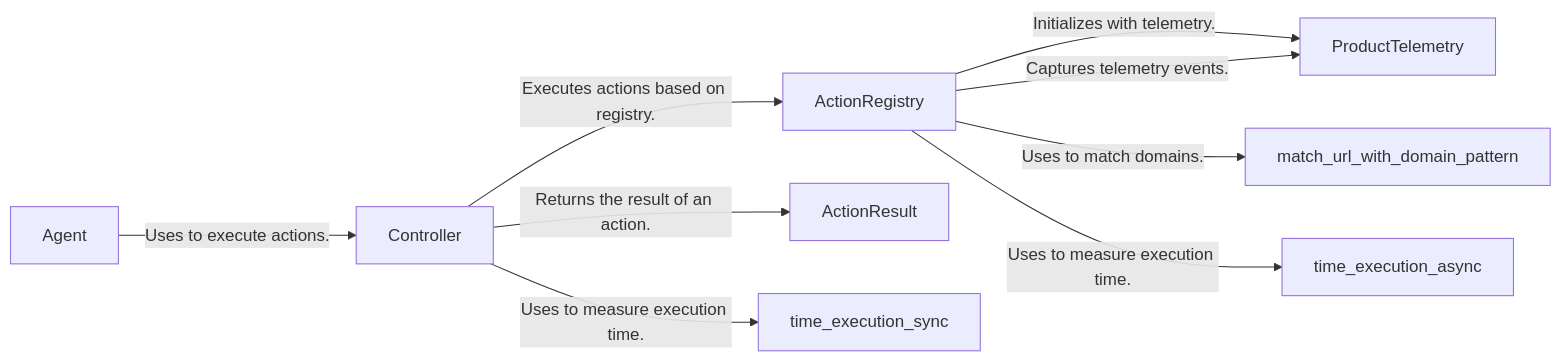
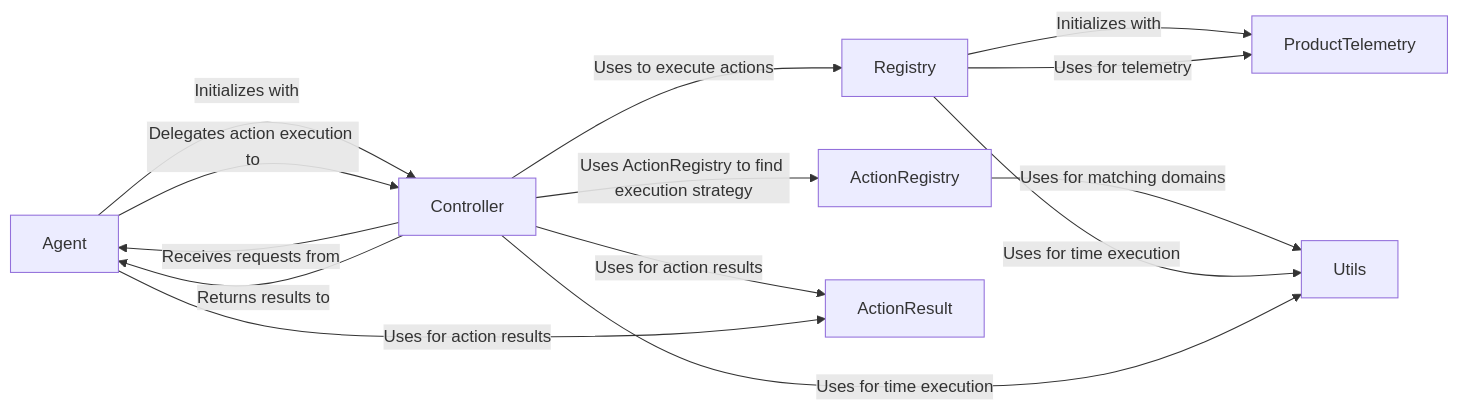
Before and after one commit to CodeBoarding/GeneratedOnBoardings: the diagram in browser-use/Controller Service.md, drawn with Mermaid. The commit also changed other lines of this file and 10 other files, not shown here.

````diff
--- a/browser-use/Controller Service.md
+++ b/browser-use/Controller Service.md
@@ -1,27 +1,30 @@
 ```mermaid
 graph LR
+    Agent["Agent"]
     Controller["Controller"]
     ActionRegistry["ActionRegistry"]
-    Agent["Agent"]
+    Registry["Registry"]
+    ProductTelemetry["ProductTelemetry"]
     ActionResult["ActionResult"]
-    ProductTelemetry["ProductTelemetry"]
-    time_execution_sync["time_execution_sync"]
-    time_execution_async["time_execution_async"]
-    match_url_with_domain_pattern["match_url_with_domain_pattern"]
-    Agent -- "Uses to execute actions." --> Controller
-    Controller -- "Executes actions based on registry." --> ActionRegistry
-    Controller -- "Returns the result of an action." --> ActionResult
-    ActionRegistry -- "Initializes with telemetry." --> ProductTelemetry
-    ActionRegistry -- "Captures telemetry events." --> ProductTelemetry
-    ActionRegistry -- "Uses to match domains." --> match_url_with_domain_pattern
-    Controller -- "Uses to measure execution time." --> time_execution_sync
-    ActionRegistry -- "Uses to measure execution time." --> time_execution_async
+    Utils["Utils"]
+    Agent -- "Initializes with" --> Controller
+    Agent -- "Delegates action execution to" --> Controller
+    Controller -- "Receives requests from" --> Agent
+    Controller -- "Uses to execute actions" --> Registry
+    Registry -- "Initializes with" --> ProductTelemetry
+    Registry -- "Uses for telemetry" --> ProductTelemetry
+    ActionRegistry -- "Uses for matching domains" --> Utils
+    Registry -- "Uses for time execution" --> Utils
+    Controller -- "Uses for time execution" --> Utils
+    Controller -- "Returns results to" --> Agent
+    Controller -- "Uses for action results" --> ActionResult
+    Agent -- "Uses for action results" --> ActionResult
+    Controller -- "Uses ActionRegistry to find execution strategy" --> ActionRegistry
+    click Agent href "https://github.com/CodeBoarding/GeneratedOnBoardings/blob/main/browser-use/Agent.md" "Details"
     click Controller href "https://github.com/CodeBoarding/GeneratedOnBoardings/blob/main/browser-use/Controller.md" "Details"
     click ActionRegistry href "https://github.com/CodeBoarding/GeneratedOnBoardings/blob/main/browser-use/ActionRegistry.md" "Details"
-    click Agent href "https://github.com/CodeBoarding/GeneratedOnBoardings/blob/main/browser-use/Agent.md" "Details"
+    click Registry href "https://github.com/CodeBoarding/GeneratedOnBoardings/blob/main/browser-use/Registry.md" "Details"
+    click ProductTelemetry href "https://github.com/CodeBoarding/GeneratedOnBoardings/blob/main/browser-use/ProductTelemetry.md" "Details"
     click ActionResult href "https://github.com/CodeBoarding/GeneratedOnBoardings/blob/main/browser-use/ActionResult.md" "Details"
-    click ProductTelemetry href "https://github.com/CodeBoarding/GeneratedOnBoardings/blob/main/browser-use/ProductTelemetry.md" "Details"
-    click time_execution_sync href "https://github.com/CodeBoarding/GeneratedOnBoardings/blob/main/browser-use/time_execution_sync.md" "Details"
-    click time_execution_async href "https://github.com/CodeBoarding/GeneratedOnBoardings/blob/main/browser-use/time_execution_async.md" "Details"
-    click match_url_with_domain_pattern href "https://github.com/CodeBoarding/GeneratedOnBoardings/blob/main/browser-use/match_url_with_domain_pattern.md" "Details"
+    click Utils href "https://github.com/CodeBoarding/GeneratedOnBoardings/blob/main/browser-use/Utils.md" "Details"
 ```
````
